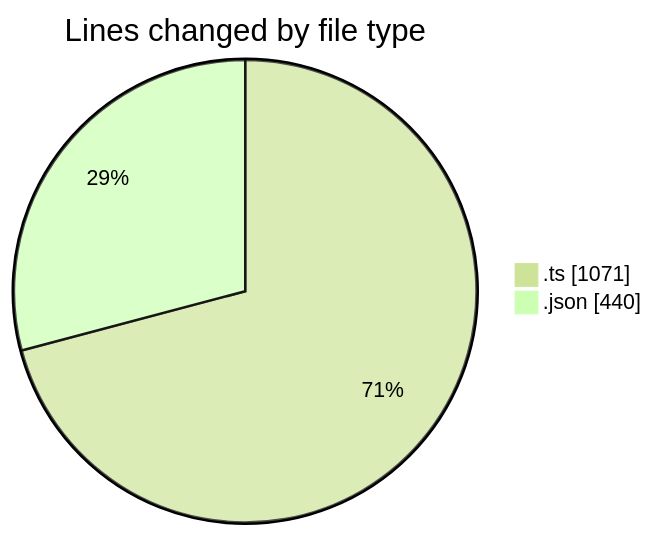
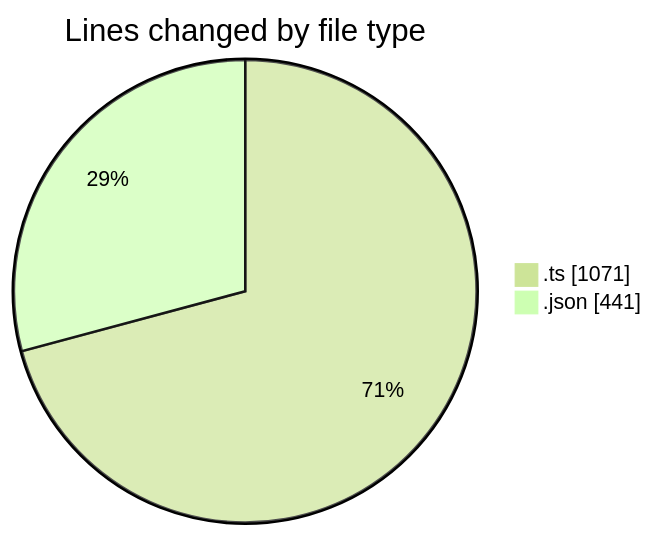
One commit to momahboobian/code-tracking changed the first of 2 diagrams in 2025-10-22/cda/README.md. Above: the diagram before and after it, drawn with Mermaid (forest theme). The commit also changed other lines of this file and 1 other file, not shown here.

````diff
--- a/2025-10-22/cda/README.md
+++ b/2025-10-22/cda/README.md
@@ -22,6 +22,6 @@
 ```mermaid
 pie showData
 title Lines changed by file type
 ".ts" : 1071
-".json" : 440
+".json" : 441
 ```
````
